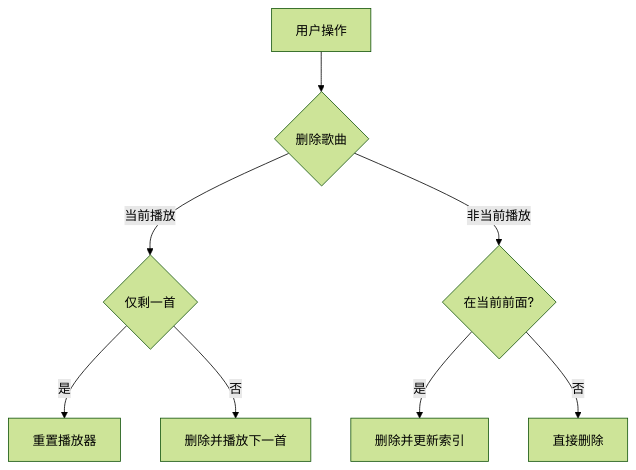
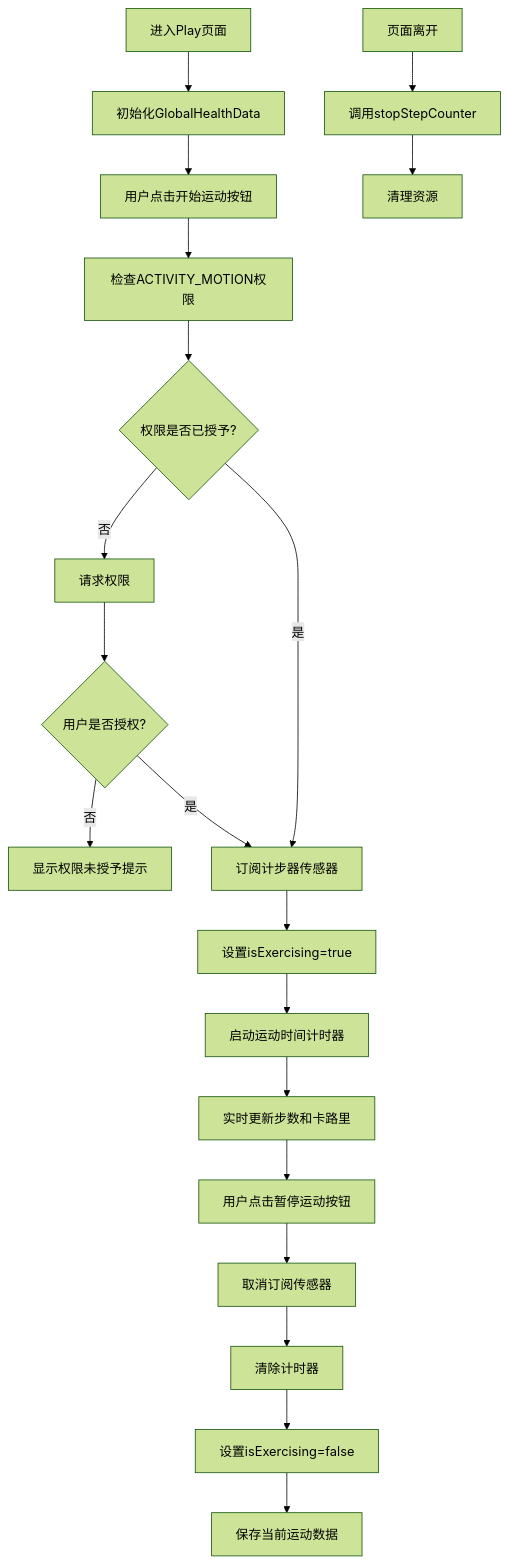
One commit to RoxyXu151/ChiikaMusic-HarmonyOS-ArkUI changed the third of 3 diagrams in README.md. Above: the diagram before and after it, drawn with Mermaid (forest theme). The commit also changed other lines of this file and 6 other files, not shown here.

````diff
--- a/README.md
+++ b/README.md
@@ -113,10 +747,23 @@
 ```mermaid
 flowchart TD
-    A[用户操作] --> B{删除歌曲}
-    B -->|当前播放| C{仅剩一首}
-    C -->|是| D[重置播放器]
-    C -->|否| E[删除并播放下一首]
-    B -->|非当前播放| F{在当前前面?}
-    F -->|是| G[删除并更新索引]
-    F -->|否| H[直接删除]
+    A[进入Play页面] --> B[初始化GlobalHealthData]
+    B --> C[用户点击开始运动按钮]
+    C --> D[检查ACTIVITY_MOTION权限]
+    D --> E{权限是否已授予?}
+    E -- 否 --> F[请求权限]
+    F --> G{用户是否授权?}
+    G -- 否 --> H[显示权限未授予提示]
+    G -- 是 --> I[订阅计步器传感器]
+    E -- 是 --> I
+    I --> J[设置isExercising=true]
+    J --> K[启动运动时间计时器]
+    K --> L[实时更新步数和卡路里]
+    L --> M[用户点击暂停运动按钮]
+    M --> N[取消订阅传感器]
+    N --> O[清除计时器]
+    O --> P[设置isExercising=false]
+    P --> Q[保存当前运动数据]
+    
+    R[页面离开] --> S[调用stopStepCounter]
+    S --> T[清理资源]
 ```
````
